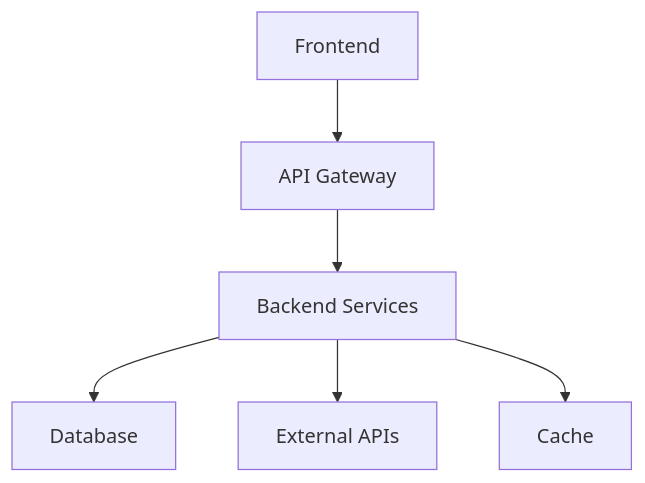
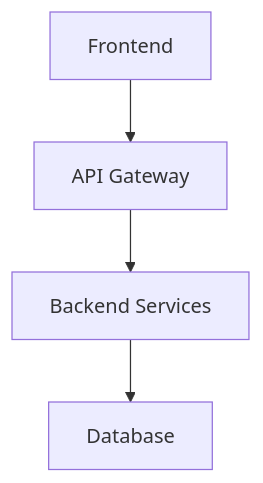
One commit to SylphxAI/flow changed the diagram in src/templates/shared/plan-template.md. Above: the diagram before and after it, drawn with Mermaid. The commit also changed other lines of this file and 5 other files, not shown here.

````diff
--- a/src/templates/shared/plan-template.md
+++ b/src/templates/shared/plan-template.md
@@ -6,8 +8,6 @@
 ```mermaid
 graph TB
     A[Frontend] --> B[API Gateway]
     B --> C[Backend Services]
     C --> D[Database]
-    C --> E[External APIs]
-    C --> F[Cache]
 ```
````
